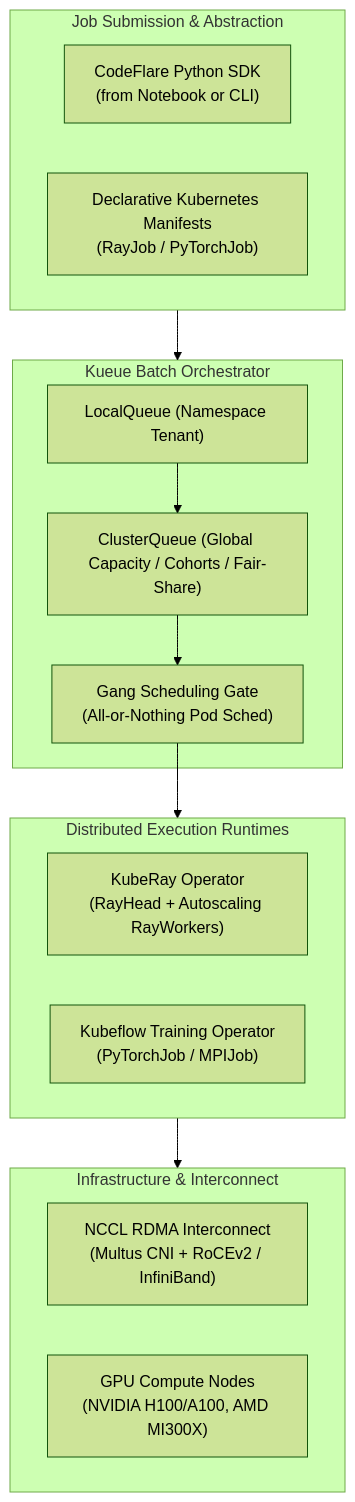
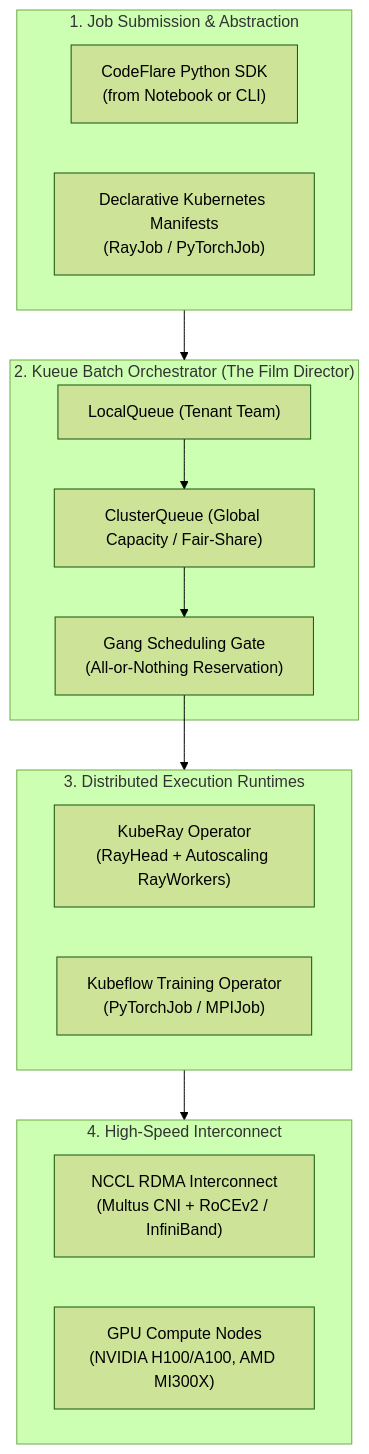
Before and after one commit to therealkevops/CAGY-v2.0.0: the first of 3 diagrams in knowledge/spaces/rh-ai/notes/05-distributed-training-and-orchestration.md, drawn with Mermaid (forest theme). The commit also changed other lines of this file and 79 other files, not shown here.

Commit message:
fix(webui): harden mermaid error handling, fix workspace.js syntax, and correct diagram labels

````diff
--- a/knowledge/spaces/rh-ai/notes/05-distributed-training-and-orchestration.md
+++ b/knowledge/spaces/rh-ai/notes/05-distributed-training-and-orchestration.md
@@ -20,28 +48,28 @@
 ```mermaid
 flowchart TD
-    subgraph Submission["Job Submission & Abstraction"]
+    subgraph Submission["1. Job Submission & Abstraction"]
         CF["CodeFlare Python SDK\n(from Notebook or CLI)"]
         K8S["Declarative Kubernetes Manifests\n(RayJob / PyTorchJob)"]
     end
 
-    subgraph BatchQueuing["Kueue Batch Orchestrator"]
-        LQ["LocalQueue (Namespace Tenant)"]
-        CQ["ClusterQueue (Global Capacity / Cohorts / Fair-Share)"]
-        GANG["Gang Scheduling Gate\n(All-or-Nothing Pod Sched)"]
+    subgraph BatchQueuing["2. Kueue Batch Orchestrator (The Film Director)"]
+        LQ["LocalQueue (Tenant Team)"]
+        CQ["ClusterQueue (Global Capacity / Fair-Share)"]
+        GANG["Gang Scheduling Gate\n(All-or-Nothing Reservation)"]
         LQ --> CQ --> GANG
     end
 
-    subgraph ExecutionEngines["Distributed Execution Runtimes"]
+    subgraph ExecutionEngines["3. Distributed Execution Runtimes"]
         RAY["KubeRay Operator\n(RayHead + Autoscaling RayWorkers)"]
         KTO["Kubeflow Training Operator\n(PyTorchJob / MPIJob)"]
     end
 
-    subgraph HardwareFabric["Infrastructure & Interconnect"]
+    subgraph HardwareFabric["4. High-Speed Interconnect"]
         NCCL["NCCL RDMA Interconnect\n(Multus CNI + RoCEv2 / InfiniBand)"]
         GPUS["GPU Compute Nodes\n(NVIDIA H100/A100, AMD MI300X)"]
     end
 
     Submission --> BatchQueuing
     GANG --> ExecutionEngines
     ExecutionEngines --> HardwareFabric
 ```
````
